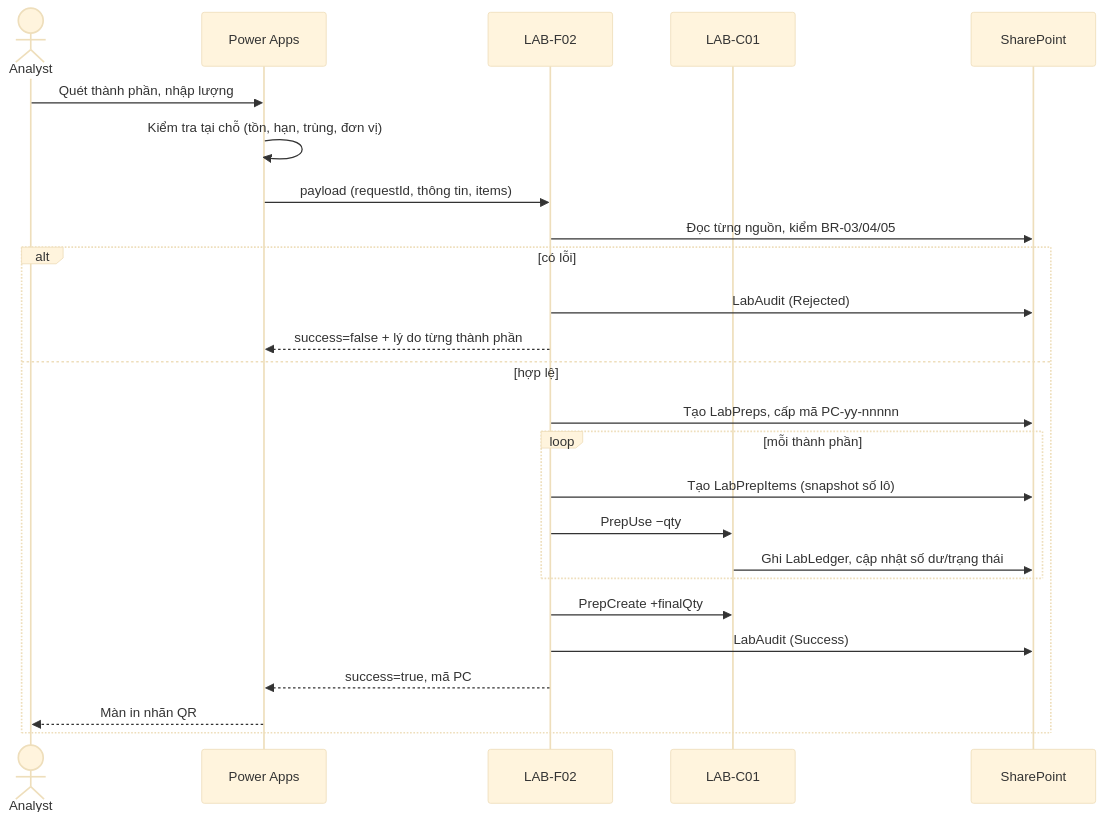
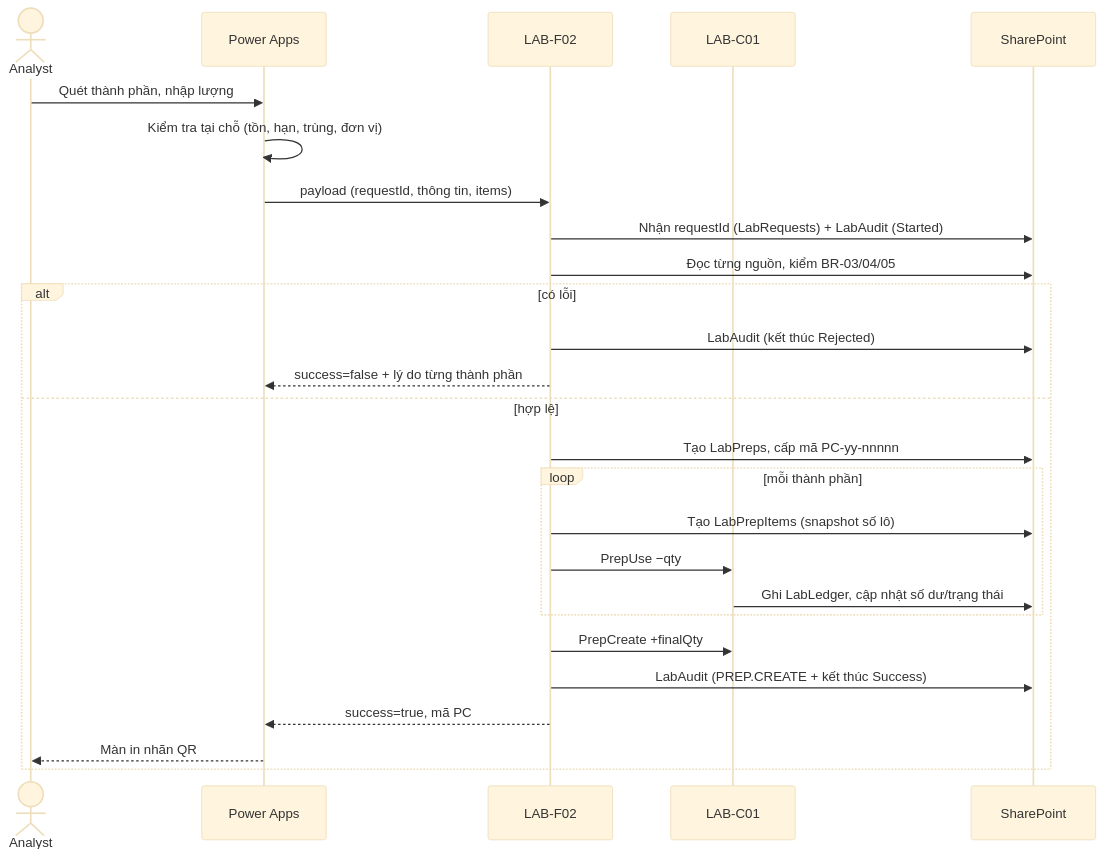
Before and after one commit to triducno102-pixel/QA-ChemPreparation: the third of 3 diagrams in docs/01-Thiet-ke-tong-the.md, drawn with Mermaid (base theme). The commit also changed other lines of this file and 15 other files, not shown here.

````diff
--- a/docs/01-Thiet-ke-tong-the.md
+++ b/docs/01-Thiet-ke-tong-the.md
@@ -84,27 +86,28 @@
 ```mermaid
 sequenceDiagram
     actor U as Analyst
     participant A as Power Apps
     participant F as LAB-F02
     participant C as LAB-C01
     participant S as SharePoint
     U->>A: Quét thành phần, nhập lượng
     A->>A: Kiểm tra tại chỗ (tồn, hạn, trùng, đơn vị)
     A->>F: payload (requestId, thông tin, items)
+    F->>S: Nhận requestId (LabRequests) + LabAudit (Started)
     F->>S: Đọc từng nguồn, kiểm BR-03/04/05
     alt có lỗi
-        F->>S: LabAudit (Rejected)
+        F->>S: LabAudit (kết thúc Rejected)
         F-->>A: success=false + lý do từng thành phần
     else hợp lệ
         F->>S: Tạo LabPreps, cấp mã PC-yy-nnnnn
         loop mỗi thành phần
             F->>S: Tạo LabPrepItems (snapshot số lô)
             F->>C: PrepUse −qty
             C->>S: Ghi LabLedger, cập nhật số dư/trạng thái
         end
         F->>C: PrepCreate +finalQty
-        F->>S: LabAudit (Success)
+        F->>S: LabAudit (PREP.CREATE + kết thúc Success)
         F-->>A: success=true, mã PC
         A-->>U: Màn in nhãn QR
     end
 ```
````
